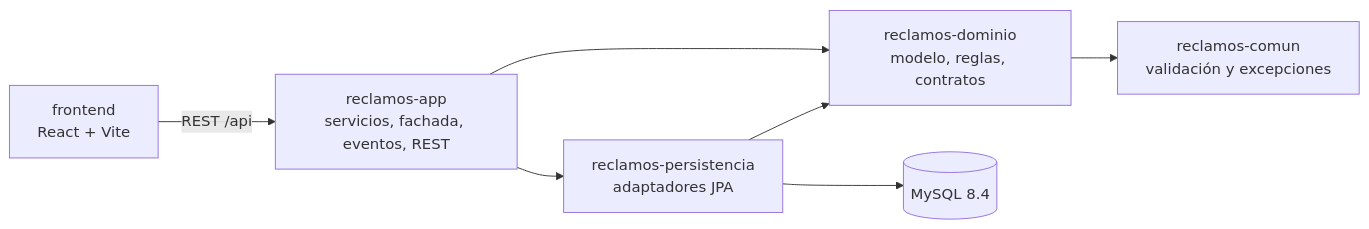
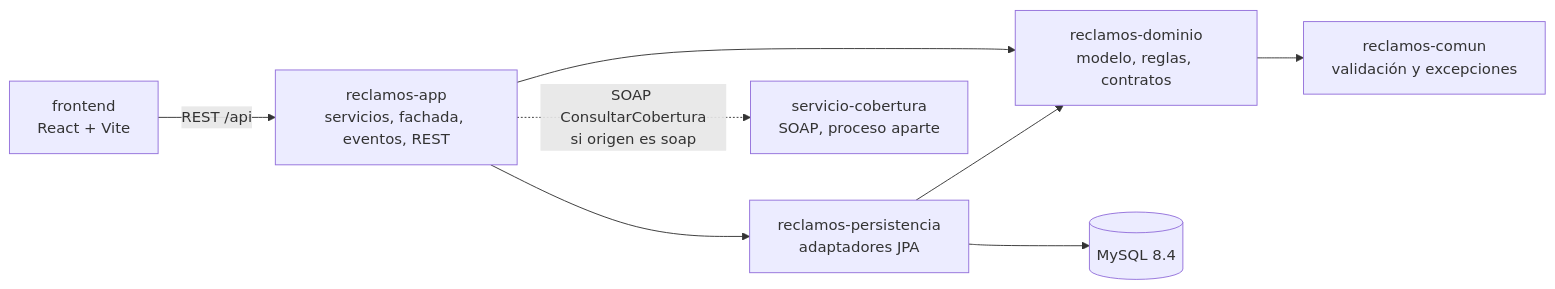
The second of 3 diagrams in docs/arquitectura.md (SanTegli/DesarrolloAppsIIGrupo10), drawn with Mermaid before and after one commit. The commit also changed other lines of this file and 48 other files, not shown here.

````diff
--- a/docs/arquitectura.md
+++ b/docs/arquitectura.md
@@ -80,16 +80,18 @@
 ```mermaid
 flowchart LR
   FE["frontend<br/>React + Vite"]
   APP["reclamos-app<br/>servicios, fachada, eventos, REST"]
   PERS["reclamos-persistencia<br/>adaptadores JPA"]
   DOM["reclamos-dominio<br/>modelo, reglas, contratos"]
   COM["reclamos-comun<br/>validación y excepciones"]
   MYSQL[("MySQL 8.4")]
+  COB["servicio-cobertura<br/>SOAP, proceso aparte"]
 
   FE -->|"REST /api"| APP
   APP --> PERS
   APP --> DOM
   PERS --> DOM
   DOM --> COM
   PERS --> MYSQL
+  APP -.->|"SOAP ConsultarCobertura<br/>si origen es soap"| COB
 ```
````
